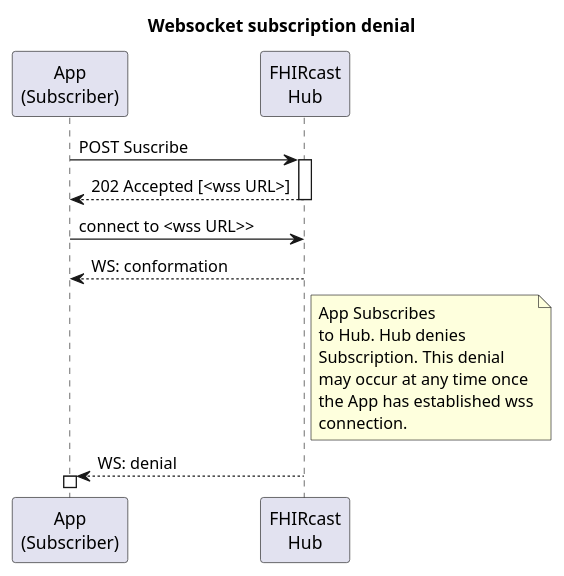
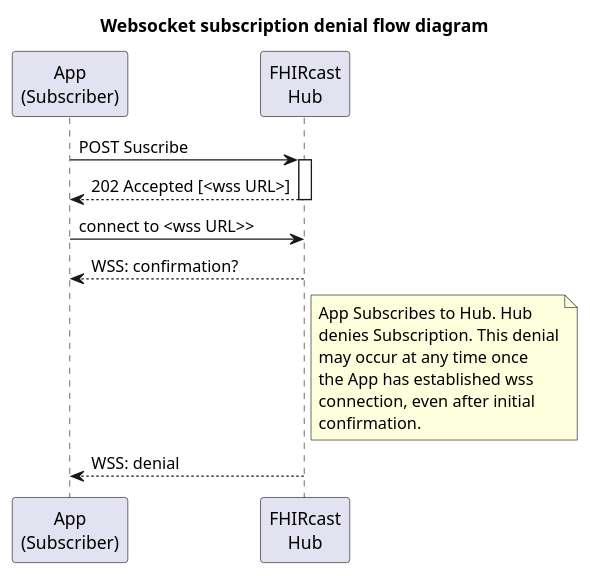
One commit to HL7/fhircast-docs changed the diagram in input/images-source/DeniedSubscriptionSequence.plantuml. Above: the diagram before and after it, drawn with PlantUML. The commit also changed 3 other files, not shown here.

Commit message:
Update sequence diagrams for consistency and clarity of event sequence

```diff
--- a/input/images-source/DeniedSubscriptionSequence.plantuml
+++ b/input/images-source/DeniedSubscriptionSequence.plantuml
@@ -1,24 +1,24 @@
 @startuml
 
-title Websocket subscription denial
+title Websocket subscription denial flow diagram
 
 participant "App\n(Subscriber)" as Subscriber
 participant "FHIRcast\nHub" as Hub
 
 Subscriber -> Hub++: POST Suscribe
 Subscriber <-- Hub--: 202 Accepted [<wss URL>]
 Subscriber -> Hub: connect to <wss URL>>
-Subscriber <-- Hub: WS: conformation
+Subscriber <-- Hub: WSS: confirmation?
 
 note right of Hub
-    App Subscribes
-    to Hub. Hub denies
-    Subscription. This denial
+    App Subscribes to Hub. Hub 
+    denies Subscription. This denial
     may occur at any time once
     the App has established wss
-    connection.
+    connection, even after initial 
+    confirmation.
 end note
 
-Hub --> Subscriber++: WS: denial
+Subscriber <-- Hub: WSS: denial
 
 @enduml
```
